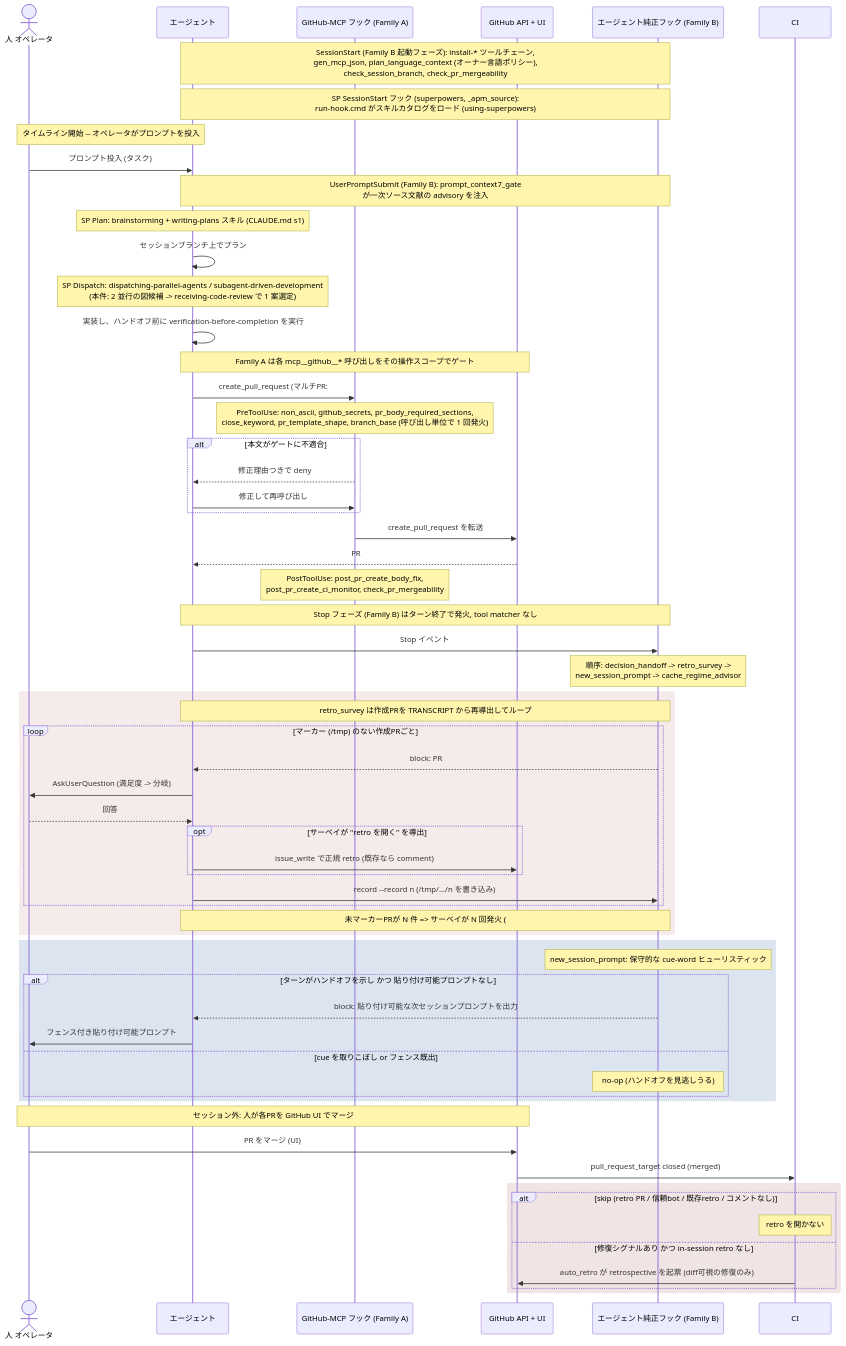
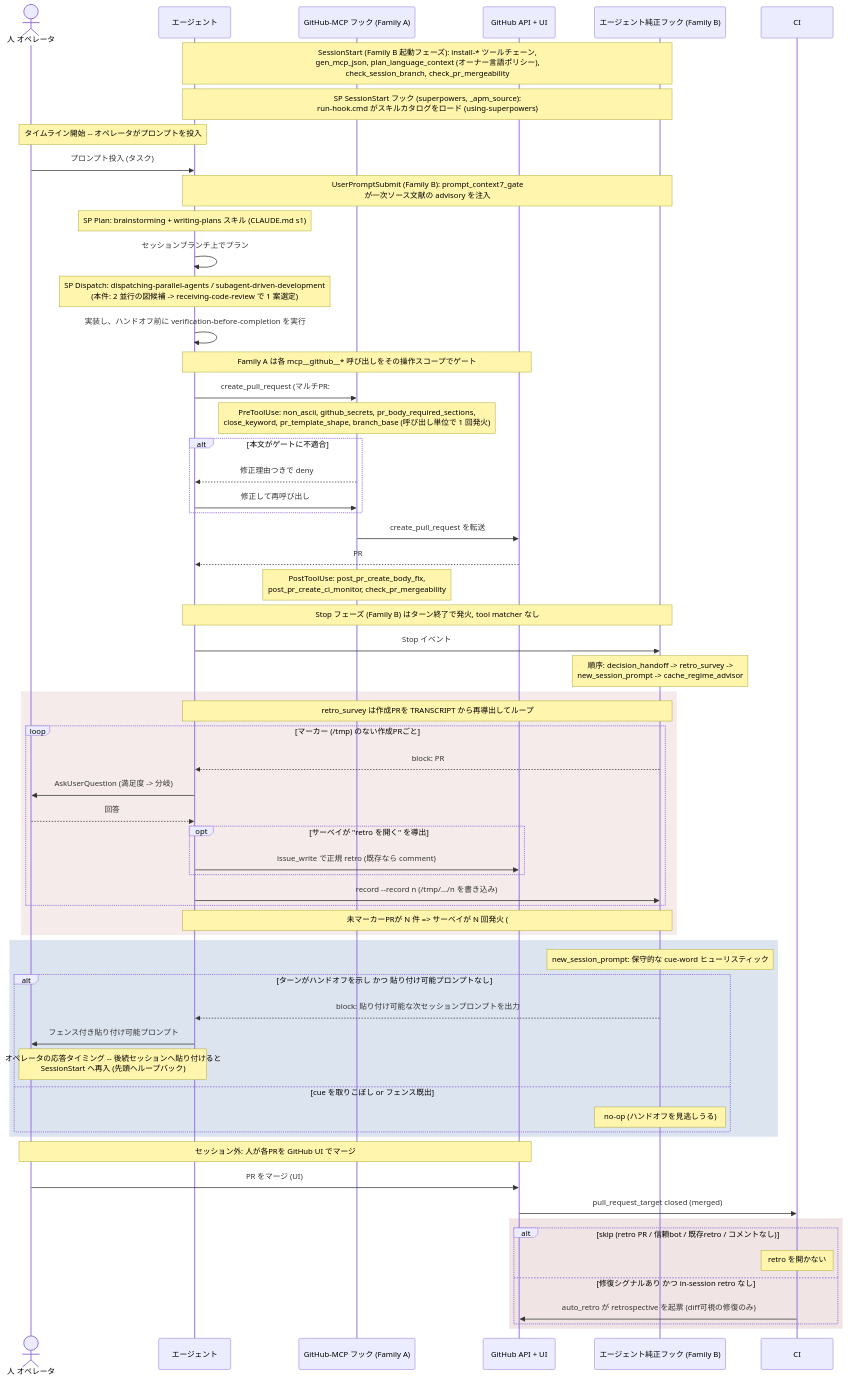
The diagram in docs/uml/survey-followup-timing.sequence.ja.md (tvna/claude-md), drawn with Mermaid before and after one commit. The commit also changed other lines of this file and 1 other file, not shown here.

First line of the commit message:
docs(uml): depict the follow-up prompt RESPONSE timing, closing the loop (#1594)

````diff
--- a/docs/uml/survey-followup-timing.sequence.ja.md
+++ b/docs/uml/survey-followup-timing.sequence.ja.md
@@ -73,69 +73,70 @@
 ```mermaid
 sequenceDiagram
     actor Human as 人 オペレータ
     participant Agent as エージェント
     participant MGate as GitHub-MCP フック (Family A)
     participant GH as GitHub API + UI
     participant Stop as エージェント純正フック (Family B)
     participant CI
 
     Note over Agent,Stop: SessionStart (Family B 起動フェーズ): install-* ツールチェーン,<br/>gen_mcp_json, plan_language_context (オーナー言語ポリシー),<br/>check_session_branch, check_pr_mergeability
     Note over Agent,Stop: SP SessionStart フック (superpowers, _apm_source):<br/>run-hook.cmd がスキルカタログをロード (using-superpowers)
     Note over Human,Agent: タイムライン開始 -- オペレータがプロンプトを投入
     Human->>Agent: プロンプト投入 (タスク)
     Note over Agent,Stop: UserPromptSubmit (Family B): prompt_context7_gate<br/>が一次ソース文献の advisory を注入
     Note over Agent: SP Plan: brainstorming + writing-plans スキル (CLAUDE.md s1)
     Agent->>Agent: セッションブランチ上でプラン
     Note over Agent: SP Dispatch: dispatching-parallel-agents / subagent-driven-development<br/>(本件: 2 並行の図候補 -> receiving-code-review で 1 案選定)
     Agent->>Agent: 実装し、ハンドオフ前に verification-before-completion を実行
 
     Note over Agent,GH: Family A は各 mcp__github__* 呼び出しをその操作スコープでゲート
     Agent->>MGate: create_pull_request (マルチPR: #1582 / #1584 / #1589)
     Note over MGate: PreToolUse: non_ascii, github_secrets, pr_body_required_sections,<br/>close_keyword, pr_template_shape, branch_base (呼び出し単位で 1 回発火)
     alt 本文がゲートに不適合
         MGate-->>Agent: 修正理由つきで deny
         Agent->>MGate: 修正して再呼び出し
     end
     MGate->>GH: create_pull_request を転送
     GH-->>Agent: PR #n 作成 (/pull/n)
     Note over MGate: PostToolUse: post_pr_create_body_fix,<br/>post_pr_create_ci_monitor, check_pr_mergeability
 
     Note over Agent,Stop: Stop フェーズ (Family B) はターン終了で発火, tool matcher なし
     Agent->>Stop: Stop イベント
     Note over Stop: 順序: decision_handoff -> retro_survey -><br/>new_session_prompt -> cache_regime_advisor
 
     rect rgb(245,235,235)
     Note over Stop,Agent: retro_survey は作成PRを TRANSCRIPT から再導出してループ
     loop マーカー (/tmp) のない作成PRごと
         Stop-->>Agent: block: PR #n の満足度優先サーベイを実行
         Agent->>Human: AskUserQuestion (満足度 -> 分岐)
         Human-->>Agent: 回答
         opt サーベイが "retro を開く" を導出
             Agent->>GH: issue_write で正規 retro (既存なら comment)
         end
         Agent->>Stop: record --record n (/tmp/.../n を書き込み)
     end
     Note over Stop,Agent: 未マーカーPRが N 件 => サーベイが N 回発火 (#1594)
     end
 
     rect rgb(220,228,240)
     Note over Stop: new_session_prompt: 保守的な cue-word ヒューリスティック
     alt ターンがハンドオフを示し かつ 貼り付け可能プロンプトなし
         Stop-->>Agent: block: 貼り付け可能な次セッションプロンプトを出力
         Agent->>Human: フェンス付き貼り付け可能プロンプト
+        Note over Human,Agent: オペレータの応答タイミング -- 後続セッションへ貼り付けると<br/>SessionStart へ再入 (先頭へループバック)
     else cue を取りこぼし or フェンス既出
         Note over Stop: no-op (ハンドオフを見逃しうる)
     end
     end
 
     Note over Human,GH: セッション外: 人が各PRを GitHub UI でマージ
     Human->>GH: PR をマージ (UI)
     GH->>CI: pull_request_target closed (merged)
     rect rgb(240,228,228)
     alt skip (retro PR / 信頼bot / 既存retro / コメントなし)
         Note over CI: retro を開かない
     else 修復シグナルあり かつ in-session retro なし
         CI->>GH: auto_retro が retrospective を起票 (diff可視の修復のみ)
     end
     end
 ```
````
